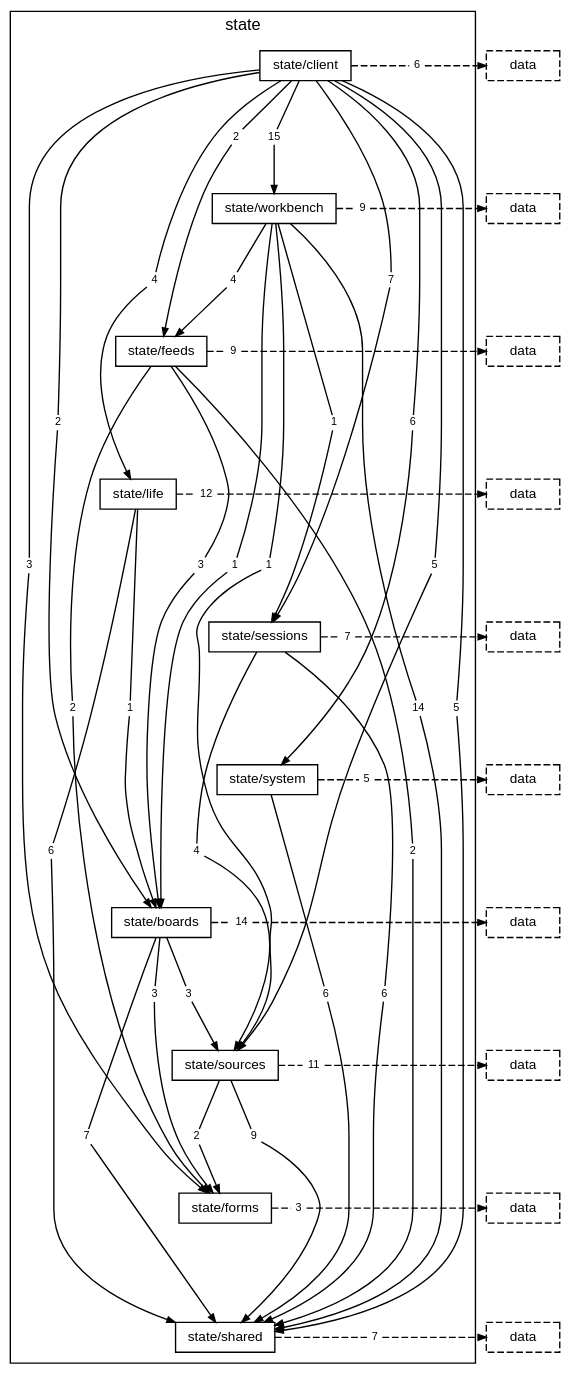
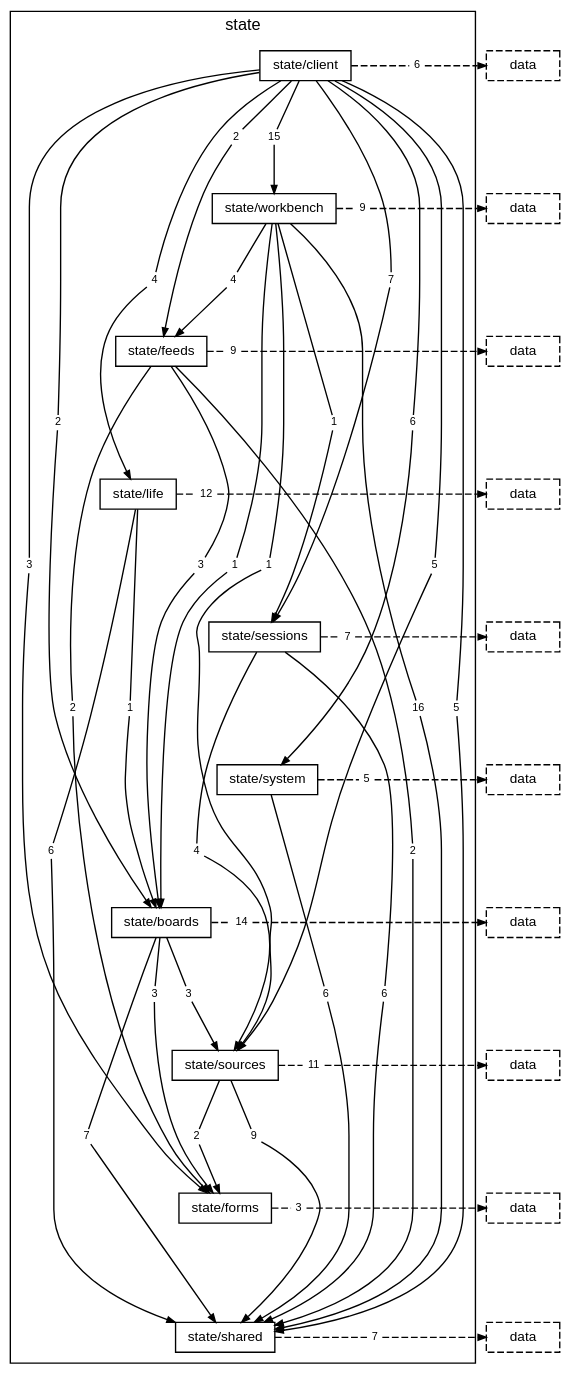
Before and after one commit to TheAxeC/oculus: the diagram in docs/diagrams/layer-state.dot, drawn with Graphviz. The commit also changed 49 other files, not shown here.

```diff
--- a/docs/diagrams/layer-state.dot
+++ b/docs/diagrams/layer-state.dot
@@ -27,7 +27,7 @@
         "folder state/workbench to folder state/boards" [label="1", shape=box, color="transparent", fontsize=8, width=0, height=0, margin="0.04,0.02"];
         "folder state/workbench to folder state/feeds" [label="4", shape=box, color="transparent", fontsize=8, width=0, height=0, margin="0.04,0.02"];
         "folder state/workbench to folder state/sessions" [label="1", shape=box, color="transparent", fontsize=8, width=0, height=0, margin="0.04,0.02"];
-        "folder state/workbench to folder state/shared" [label="14", shape=box, color="transparent", fontsize=8, width=0, height=0, margin="0.04,0.02"];
+        "folder state/workbench to folder state/shared" [label="16", shape=box, color="transparent", fontsize=8, width=0, height=0, margin="0.04,0.02"];
         "folder state/workbench to folder state/sources" [label="1", shape=box, color="transparent", fontsize=8, width=0, height=0, margin="0.04,0.02"];
         "folder state/workbench to layer data" [label="9", shape=box, color="transparent", fontsize=8, width=0, height=0, margin="0.04,0.02"];
         "folder state/feeds to folder state/boards" [label="3", shape=box, color="transparent", fontsize=8, width=0, height=0, margin="0.04,0.02"];
```
